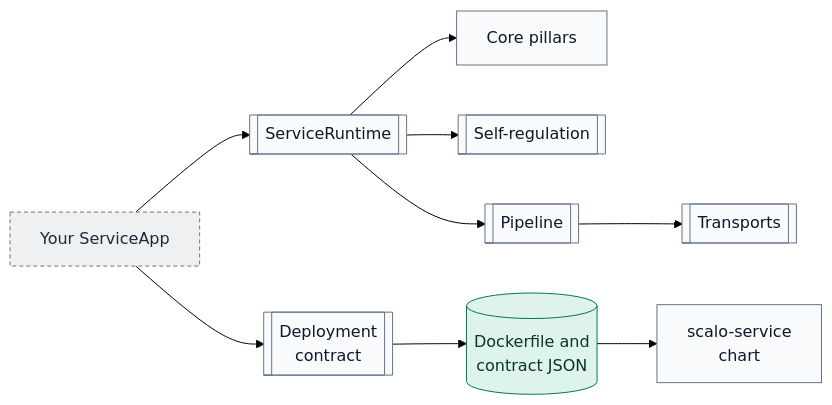
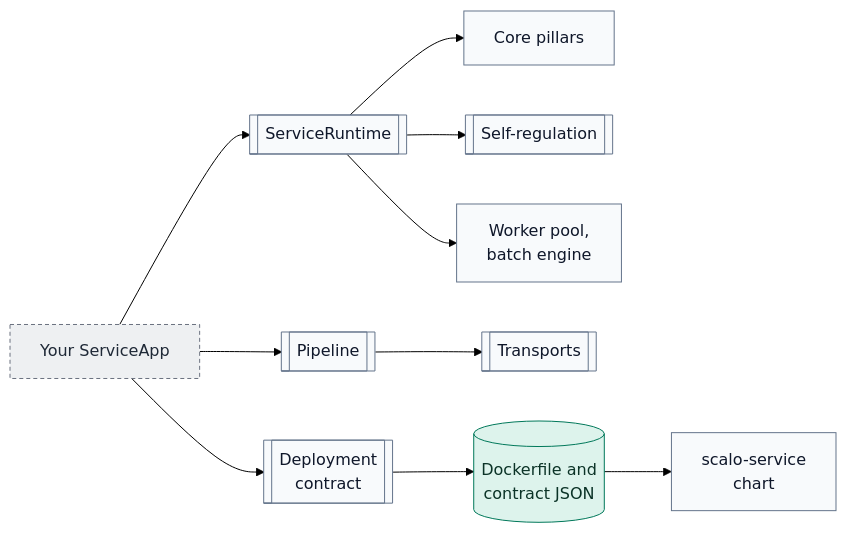
The diagram in docs/README.md (hyperi-io/scalo-rs), drawn with Mermaid (forest theme) before and after one commit. The commit also changed other lines of this file and 9 other files, not shown here.

First line of the commit message:
docs(scalo-rs): correct six diagrams and three claims against code

````diff
--- a/docs/README.md
+++ b/docs/README.md
@@ -36,30 +36,32 @@
 ```mermaid
 flowchart LR
     accTitle: L3 Components -- scalo
-    accDescr: An app hands itself to run_app, which builds the ServiceRuntime, and fills in a deployment contract. The runtime wires the core pillars, self-regulation and the pipeline, and the pipeline sends through the transports. The contract writes the Dockerfile and contract JSON that the scalo-service chart renders.
+    accDescr: An app hands itself to run_app, which builds the ServiceRuntime, builds its own pipeline, and fills in a deployment contract. The runtime wires the core pillars, self-regulation and the worker pool and batch engine. The pipeline sends through the transports. The contract writes the Dockerfile and contract JSON that the scalo-service chart renders.
 
     app["Your ServiceApp"]
     runtime[["ServiceRuntime"]]
+    pipeline[["Pipeline"]]
     contract[["Deployment<br/>contract"]]
     pillars["Core pillars"]
     regulation[["Self-regulation"]]
-    pipeline[["Pipeline"]]
+    workers["Worker pool,<br/>batch engine"]
+    transports[["Transports"]]
     artefacts[("Dockerfile and<br/>contract JSON")]
-    transports[["Transports"]]
     chart["scalo-service<br/>chart"]
 
     app --> runtime
+    app --> pipeline
     app --> contract
     runtime --> pillars
     runtime --> regulation
-    runtime --> pipeline
+    runtime --> workers
+    pipeline --> transports
     contract --> artefacts
-    pipeline --> transports
     artefacts --> chart
 
     classDef default fill:#F8FAFC,stroke:#64748B,stroke-width:1px,color:#0F172A
     classDef store fill:#DDF3EC,stroke:#00785A,stroke-width:1px,color:#0B3327
     classDef ext fill:#EEF0F2,stroke:#6B7280,stroke-width:1px,stroke-dasharray:4 3,color:#1F2937
     class app ext
     class artefacts store
 ```
````
